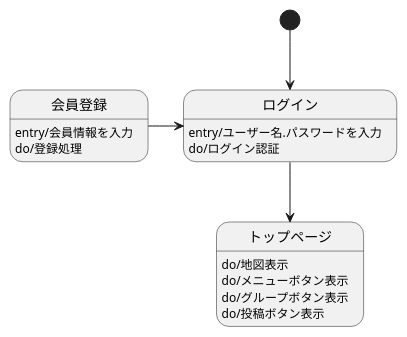
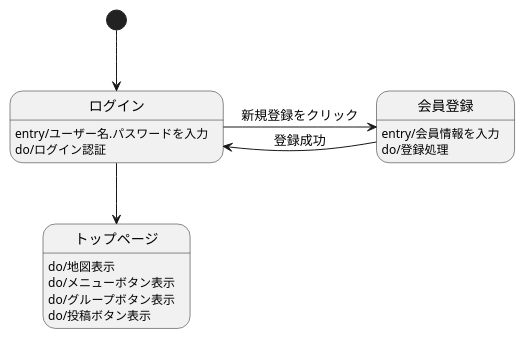
Before and after one commit to Aso2001031/System4_ver2.0: the diagram in 03_画面遷移図/画面遷移図.md, drawn with PlantUML.

````diff
--- a/03_画面遷移図/画面遷移図.md
+++ b/03_画面遷移図/画面遷移図.md
@@ -1,20 +1,21 @@
 ```uml
 @startuml
 
 [*] -down-> ログイン
 
 トップページ : do/地図表示
 トップページ : do/メニューボタン表示
 トップページ : do/グループボタン表示
 トップページ : do/投稿ボタン表示
 
 ログイン -down-> トップページ
 ログイン : entry/ユーザー名.パスワードを入力 
 ログイン : do/ログイン認証 
+ログイン -> 会員登録 : 新規登録をクリック
 
-会員登録 -> ログイン
+会員登録 -> ログイン : 登録成功
 会員登録 : entry/会員情報を入力 
 会員登録 : do/登録処理
 
 @enduml
 ```
````
